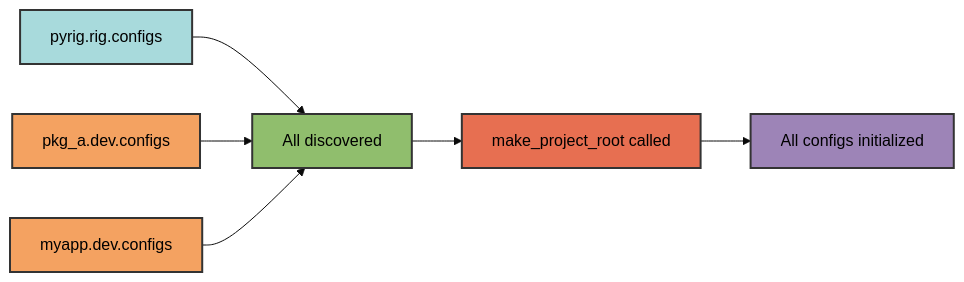
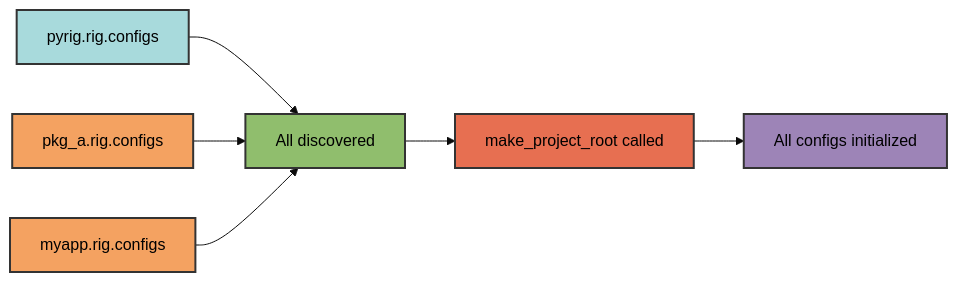
One commit to Winipedia/pyrig changed the third of 3 diagrams in docs/configs/architecture.md. Above: the diagram before and after it, drawn with Mermaid (base theme). The commit also changed other lines of this file and 53 other files, not shown here.

Commit message:
updated docs to reflect renaming from dev to rig

````diff
--- a/docs/configs/architecture.md
+++ b/docs/configs/architecture.md
@@ -210,15 +210,15 @@
 ```mermaid
 graph LR
     A[pyrig.rig.configs] --> D[All discovered]
-    B[pkg_a.dev.configs] --> D
-    C[myapp.dev.configs] --> D
+    B[pkg_a.rig.configs] --> D
+    C[myapp.rig.configs] --> D
     D --> E[make_project_root called]
     E --> F[All configs initialized]
 
     style A fill:#a8dadc,stroke:#333,stroke-width:2px,color:#000
     style B fill:#f4a261,stroke:#333,stroke-width:2px,color:#000
     style C fill:#f4a261,stroke:#333,stroke-width:2px,color:#000
     style D fill:#90be6d,stroke:#333,stroke-width:2px,color:#000
     style E fill:#e76f51,stroke:#333,stroke-width:2px,color:#000
     style F fill:#9d84b7,stroke:#333,stroke-width:2px,color:#000
 ```
````
